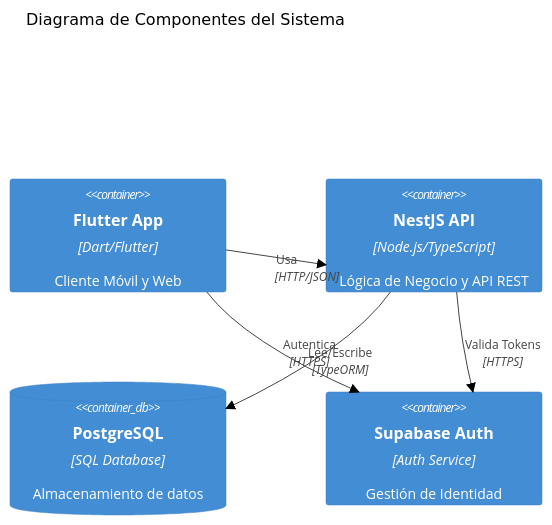
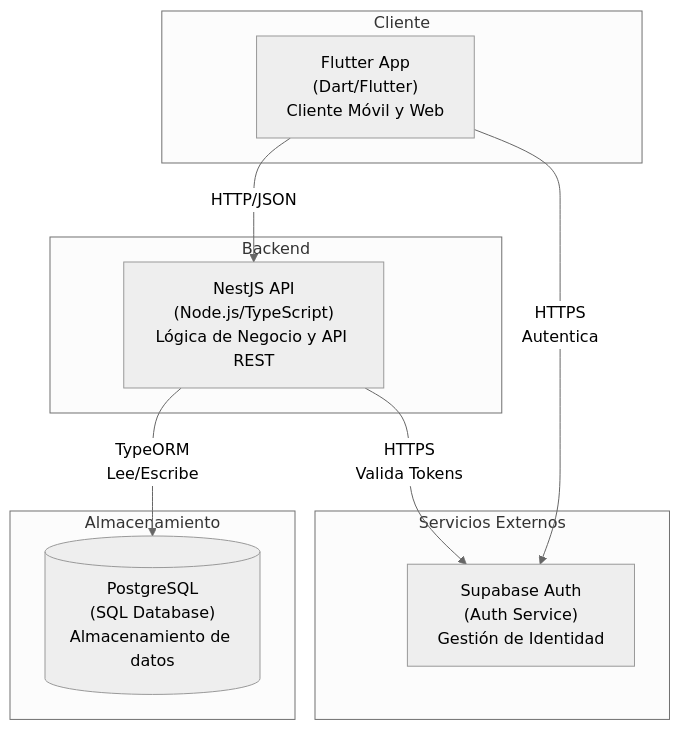
The second of 9 diagrams in DOCS/README.md (Drosc0/bolsaEmpleo_FE), drawn with Mermaid (neutral theme) before and after one commit. The commit also changed other lines of this file and 1 other file, not shown here.

Commit message:
mas read

````diff
--- a/DOCS/README.md
+++ b/DOCS/README.md
@@ -272,14 +272,23 @@
 ```mermaid
-C4Component
-    title Diagrama de Componentes del Sistema
-
-    Container(flutterApp, "Flutter App", "Dart/Flutter", "Cliente Móvil y Web")
-    Container(nestApi, "NestJS API", "Node.js/TypeScript", "Lógica de Negocio y API REST")
-    ContainerDb(postgres, "PostgreSQL", "SQL Database", "Almacenamiento de datos")
-    Container(supabaseAuth, "Supabase Auth", "Auth Service", "Gestión de Identidad")
-
-    Rel(flutterApp, nestApi, "Usa", "HTTP/JSON")
-    Rel(flutterApp, supabaseAuth, "Autentica", "HTTPS")
-    Rel(nestApi, postgres, "Lee/Escribe", "TypeORM")
-    Rel(nestApi, supabaseAuth, "Valida Tokens", "HTTPS")
+graph TB
+    subgraph Cliente["Cliente"]
+        FlutterApp["Flutter App<br/>(Dart/Flutter)<br/>Cliente Móvil y Web"]
+    end
+    
+    subgraph Backend["Backend"]
+        NestAPI["NestJS API<br/>(Node.js/TypeScript)<br/>Lógica de Negocio y API REST"]
+    end
+    
+    subgraph Servicios["Servicios Externos"]
+        Supabase["Supabase Auth<br/>(Auth Service)<br/>Gestión de Identidad"]
+    end
+    
+    subgraph Datos["Almacenamiento"]
+        PostgreSQL[("PostgreSQL<br/>(SQL Database)<br/>Almacenamiento de datos")]
+    end
+    
+    FlutterApp -->|"HTTP/JSON"| NestAPI
+    FlutterApp -->|"HTTPS<br/>Autentica"| Supabase
+    NestAPI -->|"TypeORM<br/>Lee/Escribe"| PostgreSQL
+    NestAPI -->|"HTTPS<br/>Valida Tokens"| Supabase
 ```
````
